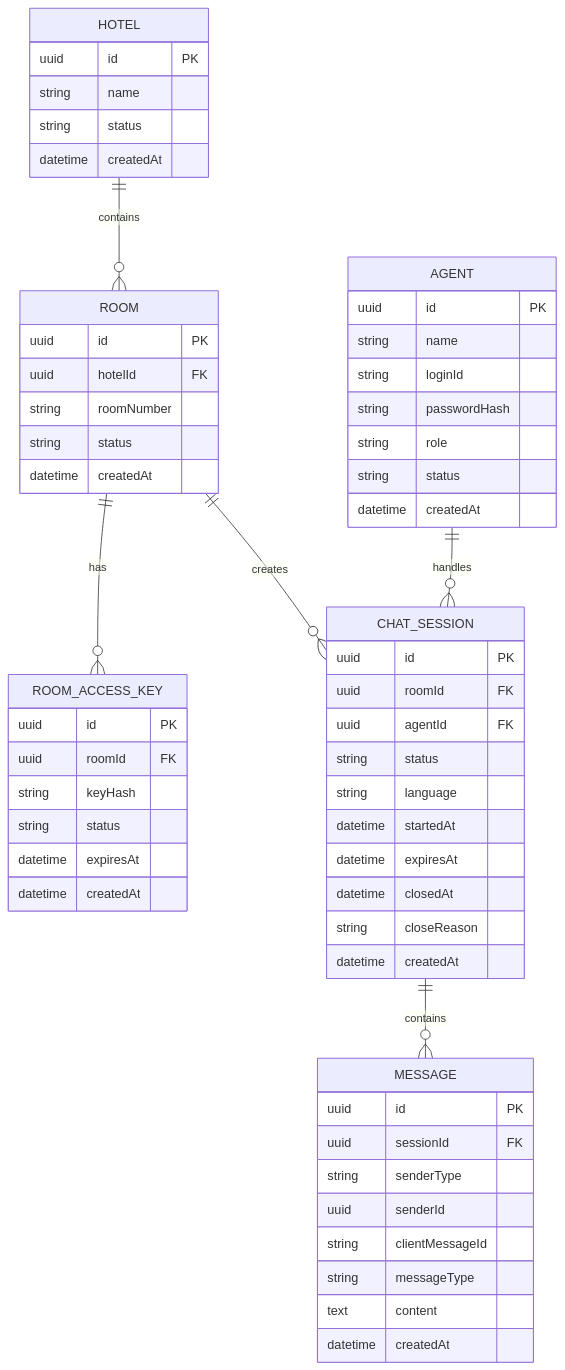
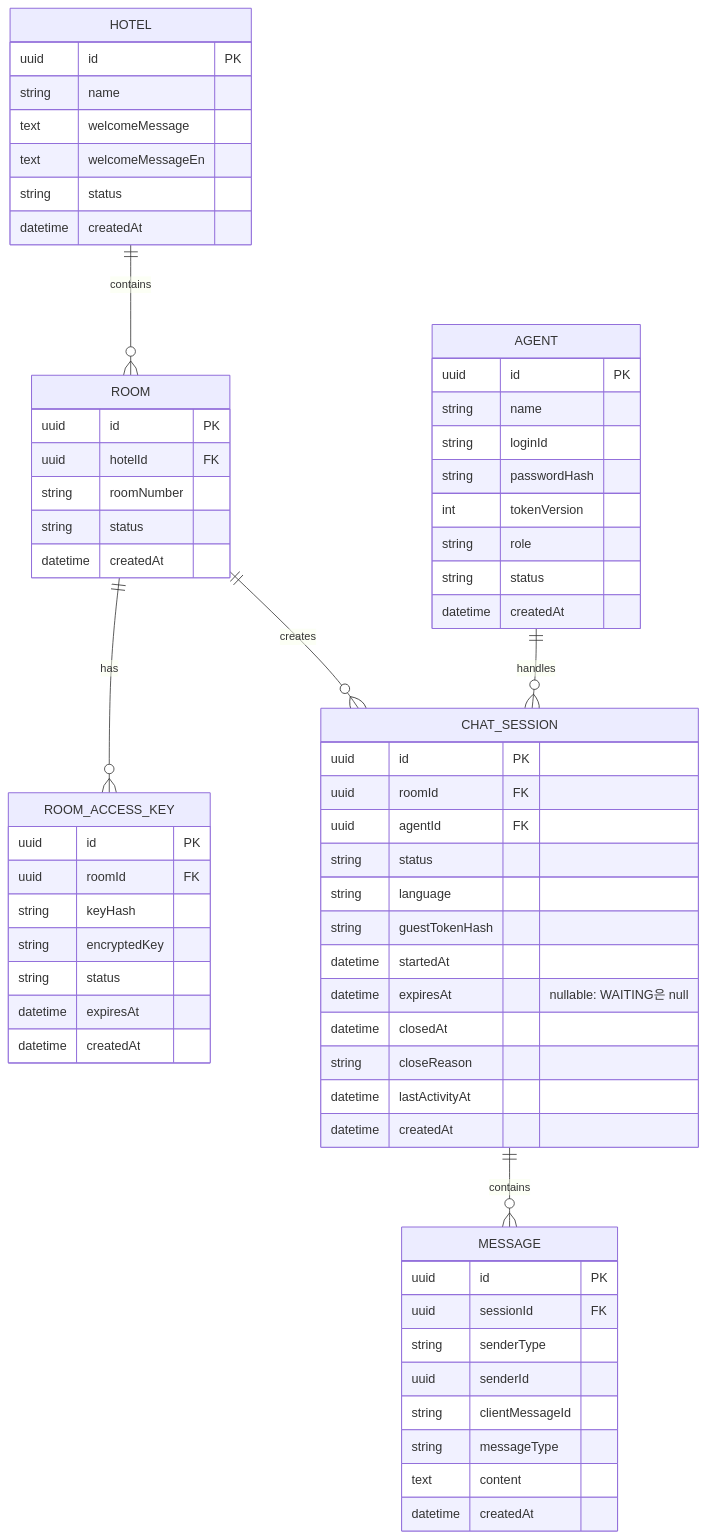
One commit to miffy9999/RemotePlus_Chat changed the third of 6 diagrams in docs/00_Base_Specification.md. Above: the diagram before and after it, drawn with Mermaid. The commit also changed other lines of this file and 43 other files, not shown here.

````diff
--- a/docs/00_Base_Specification.md
+++ b/docs/00_Base_Specification.md
@@ -494,66 +493,72 @@
 ```mermaid
 erDiagram
     HOTEL ||--o{ ROOM : contains
     ROOM ||--o{ ROOM_ACCESS_KEY : has
     ROOM ||--o{ CHAT_SESSION : creates
     AGENT ||--o{ CHAT_SESSION : handles
     CHAT_SESSION ||--o{ MESSAGE : contains
 
     HOTEL {
         uuid id PK
         string name
+        text welcomeMessage
+        text welcomeMessageEn
         string status
         datetime createdAt
     }
 
     ROOM {
         uuid id PK
         uuid hotelId FK
         string roomNumber
         string status
         datetime createdAt
     }
 
     ROOM_ACCESS_KEY {
         uuid id PK
         uuid roomId FK
         string keyHash
+        string encryptedKey
         string status
         datetime expiresAt
         datetime createdAt
     }
 
     AGENT {
         uuid id PK
         string name
         string loginId
         string passwordHash
+        int tokenVersion
         string role
         string status
         datetime createdAt
     }
 
     CHAT_SESSION {
         uuid id PK
         uuid roomId FK
         uuid agentId FK
         string status
         string language
+        string guestTokenHash
         datetime startedAt
-        datetime expiresAt
+        datetime expiresAt "nullable: WAITING은 null"
         datetime closedAt
         string closeReason
+        datetime lastActivityAt
         datetime createdAt
     }
 
     MESSAGE {
         uuid id PK
         uuid sessionId FK
         string senderType
         uuid senderId
         string clientMessageId
         string messageType
         text content
         datetime createdAt
     }
 ```
````
